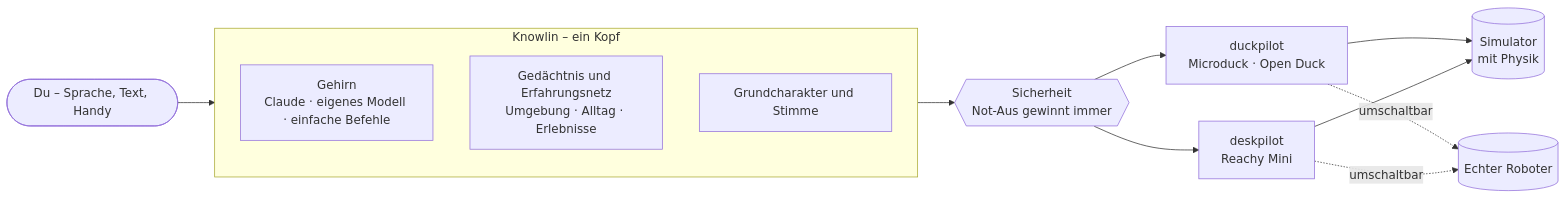
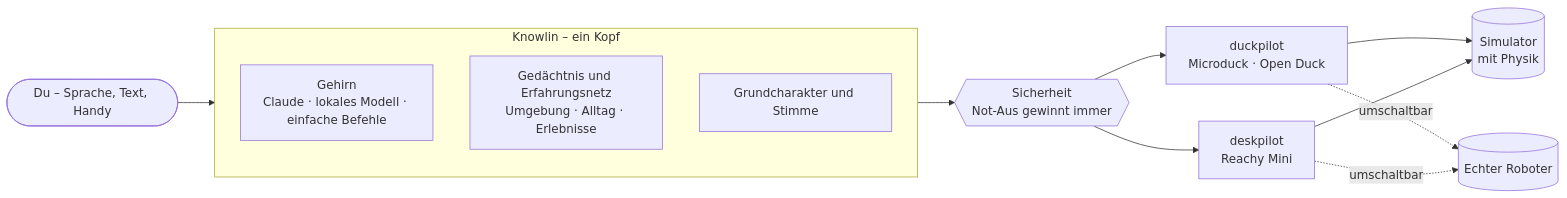
Before and after one commit to knowlin-ai/knowlin: the diagram in README.md, drawn with Mermaid. The commit also changed other lines of this file and 42 other files, not shown here.

````diff
--- a/README.md
+++ b/README.md
@@ -99,17 +99,17 @@
 ```mermaid
 flowchart LR
   Mensch(["Du – Sprache, Text, Handy"]) --> Kopf
   subgraph Kopf["Knowlin – ein Kopf"]
     direction TB
-    Gehirn["Gehirn<br/>Claude · eigenes Modell · einfache Befehle"]
+    Gehirn["Gehirn<br/>Claude · lokales Modell · einfache Befehle"]
     Wissen["Gedächtnis und Erfahrungsnetz<br/>Umgebung · Alltag · Erlebnisse"]
     Charakter["Grundcharakter und Stimme"]
   end
   Kopf --> Sicherheit{{"Sicherheit<br/>Not-Aus gewinnt immer"}}
   Sicherheit --> Q["duckpilot<br/>Microduck · Open Duck"]
   Sicherheit --> R["deskpilot<br/>Reachy Mini"]
   Q --> Sim[("Simulator<br/>mit Physik")]
   R --> Sim
   Q -. "umschaltbar" .-> Echt[("Echter Roboter")]
   R -. "umschaltbar" .-> Echt
 ```
````
